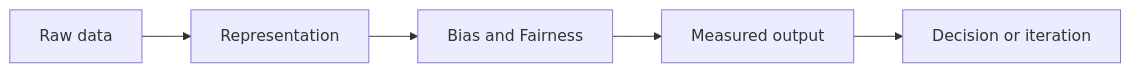
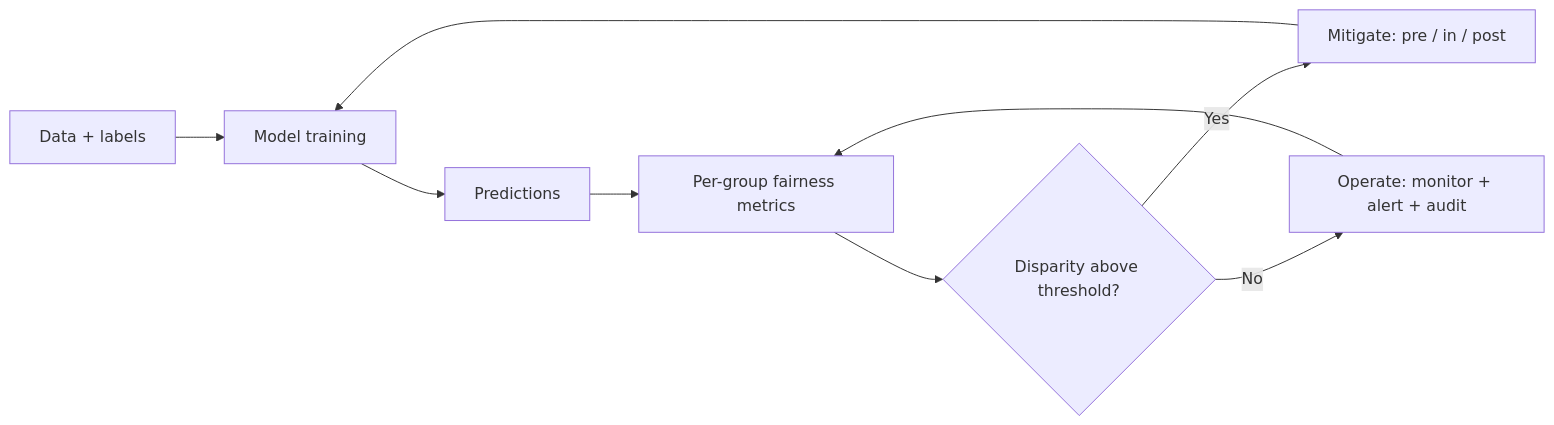
One commit to Icon1cc/Machine-Learning changed the diagram in ethics-safety/02-bias-and-fairness.md. Above: the diagram before and after it, drawn with Mermaid. The commit also changed other lines of this file and 264 other files, not shown here.

````diff
--- a/ethics-safety/02-bias-and-fairness.md
+++ b/ethics-safety/02-bias-and-fairness.md
@@ -92,7 +322,11 @@
 ```mermaid
 flowchart LR
-    A[Raw data] --> B[Representation]
-    B --> C[Bias and Fairness]
-    C --> D[Measured output]
-    D --> E[Decision or iteration]
+    D[Data + labels] --> M[Model training]
+    M --> Pred[Predictions]
+    Pred --> Eval[Per-group fairness metrics]
+    Eval --> A{Disparity above threshold?}
+    A -- Yes --> Mit[Mitigate: pre / in / post]
+    Mit --> M
+    A -- No --> Op[Operate: monitor + alert + audit]
+    Op --> Eval
 ```
````
